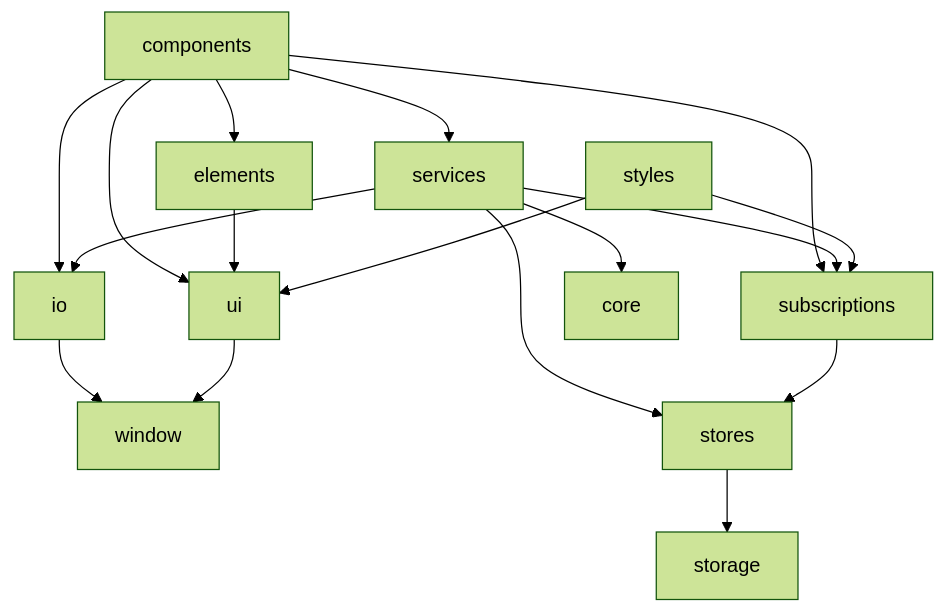
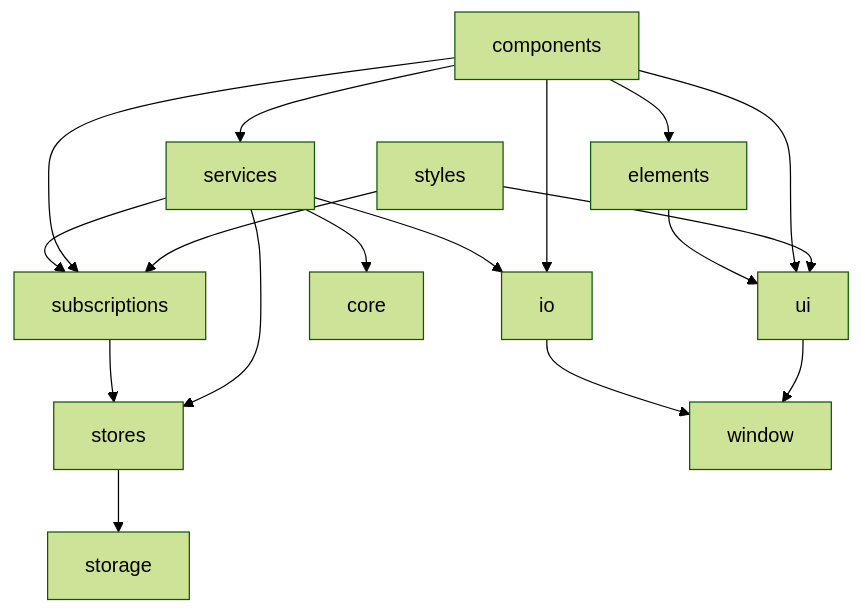
The diagram in README.md (mattriley/agile-avatars), drawn with Mermaid (forest theme) before and after one commit. The commit also changed other lines of this file and 6 other files, not shown here.

````diff
--- a/README.md
+++ b/README.md
@@ -299,19 +301,19 @@
 ```mermaid
 graph TD;
+    stores-->storage;
+    subscriptions-->stores;
+    io-->window;
+    services-->subscriptions;
+    services-->stores;
+    services-->core;
+    services-->io;
+    ui-->window;
+    elements-->ui;
     components-->io;
     components-->ui;
     components-->elements;
     components-->services;
     components-->subscriptions;
-    elements-->ui;
-    io-->window;
-    services-->subscriptions;
-    services-->stores;
-    services-->core;
-    services-->io;
-    stores-->storage;
     styles-->ui;
     styles-->subscriptions;
-    subscriptions-->stores;
-    ui-->window;
 ```
````
